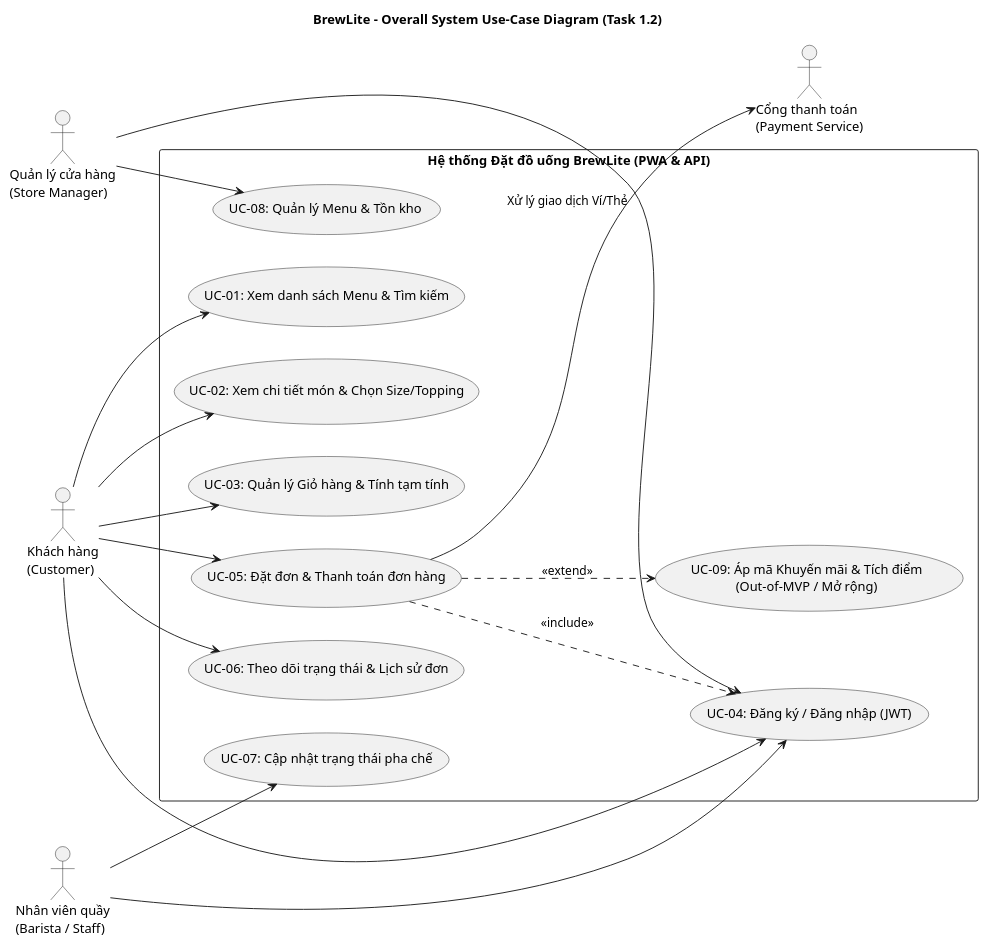
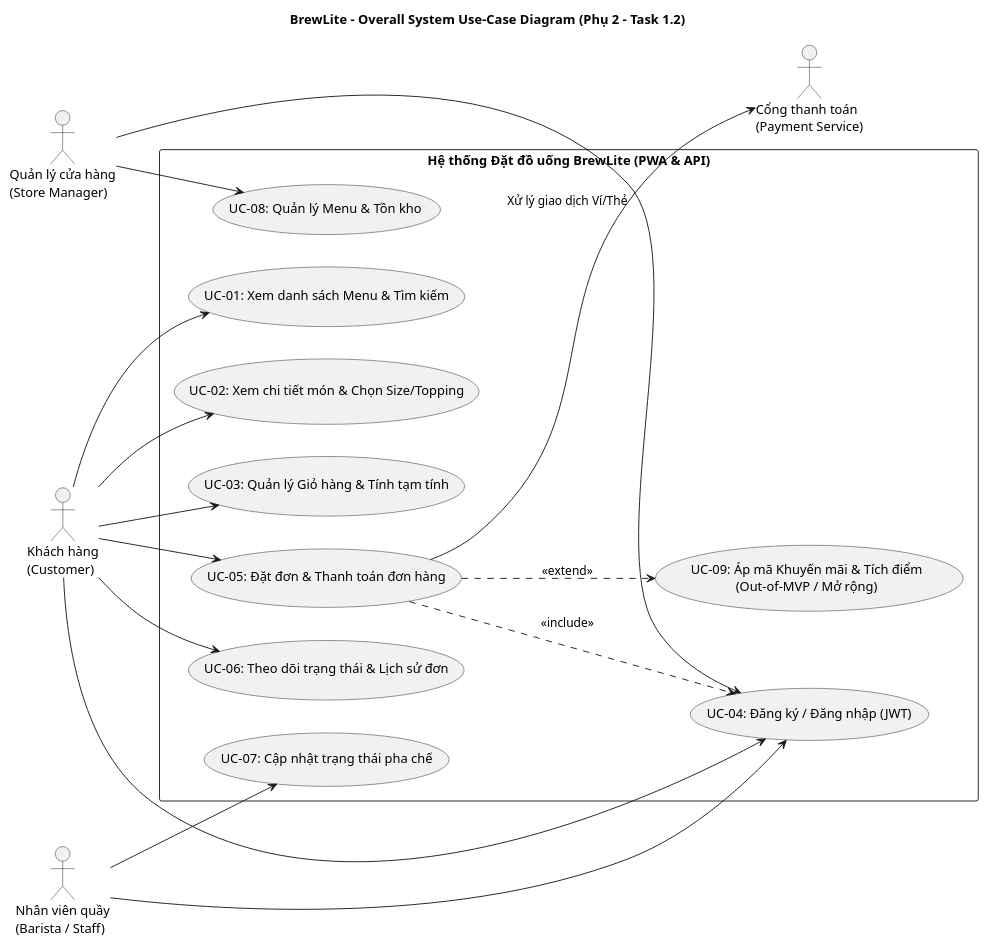
One commit to BMT0306/A2_BrewLite changed the diagram in docs/diagrams/usecase-overall.puml. Above: the diagram before and after it, drawn with PlantUML. The commit also changed 2 other files, not shown here.

Commit message:
docs(srs, attribution) [Phu2]: Hoan thien dac ta SRS (UC-04, UC-06), State Machine va dinh danh Hoang Minh Quan
- Cap nhat ho va ten Hoang Minh Quan (Phu 2) trong README va tai lieu dac ta SRS
- Dac ta chi tiet luong su kien cho UC-04 (Dang nhap/Dang ky JWT) va UC-06 (Order Tracking)
- Bo sung Order State Machine va danh muc dac ta API phan he Auth & Orders
- Dinh danh tac gia Phu 2 tren bieu do Use-Case tong the (usecase-overall.puml)

```diff
--- a/docs/diagrams/usecase-overall.puml
+++ b/docs/diagrams/usecase-overall.puml
@@ -1,38 +1,44 @@
 @startuml usecase-overall
+' ==============================================================================
+' BREWLITE - OVERALL SYSTEM USE-CASE DIAGRAM (Task 1.2)
+' Phụ trách: Hoàng Minh Quân (Phụ 2) - Business Analyst 2 (SRS & Use-case Lead)
+' Dự án: BrewLite Mobile-first Ordering & Payment System (Assignment 2)
+' ==============================================================================
+
 left to right direction
 skinparam packageStyle rectangle
-title BrewLite - Overall System Use-Case Diagram (Task 1.2)
+title BrewLite - Overall System Use-Case Diagram (Phụ 2 - Task 1.2)
 
 actor "Khách hàng\n(Customer)" as Customer
 actor "Nhân viên quầy\n(Barista / Staff)" as Staff
 actor "Quản lý cửa hàng\n(Store Manager)" as Manager
 actor "Cổng thanh toán\n(Payment Service)" as PaymentGateway
 
 rectangle "Hệ thống Đặt đồ uống BrewLite (PWA & API)" {
   usecase "UC-01: Xem danh sách Menu & Tìm kiếm" as UC01
   usecase "UC-02: Xem chi tiết món & Chọn Size/Topping" as UC02
   usecase "UC-03: Quản lý Giỏ hàng & Tính tạm tính" as UC03
   usecase "UC-04: Đăng ký / Đăng nhập (JWT)" as UC04
   usecase "UC-05: Đặt đơn & Thanh toán đơn hàng" as UC05
   usecase "UC-06: Theo dõi trạng thái & Lịch sử đơn" as UC06
   usecase "UC-07: Cập nhật trạng thái pha chế" as UC07
   usecase "UC-08: Quản lý Menu & Tồn kho" as UC08
   usecase "UC-09: Áp mã Khuyến mãi & Tích điểm\n(Out-of-MVP / Mở rộng)" as UC09
 }
 
 Customer --> UC01
 Customer --> UC02
 Customer --> UC03
 Customer --> UC04
 Customer --> UC05
 Customer --> UC06
 
 UC05 ..> UC04 : <<include>>
 UC05 ..> UC09 : <<extend>>
 UC05 --> PaymentGateway : Xử lý giao dịch Ví/Thẻ
 
 Staff --> UC04
 Staff --> UC07
 Manager --> UC04
 Manager --> UC08
 @enduml
```
